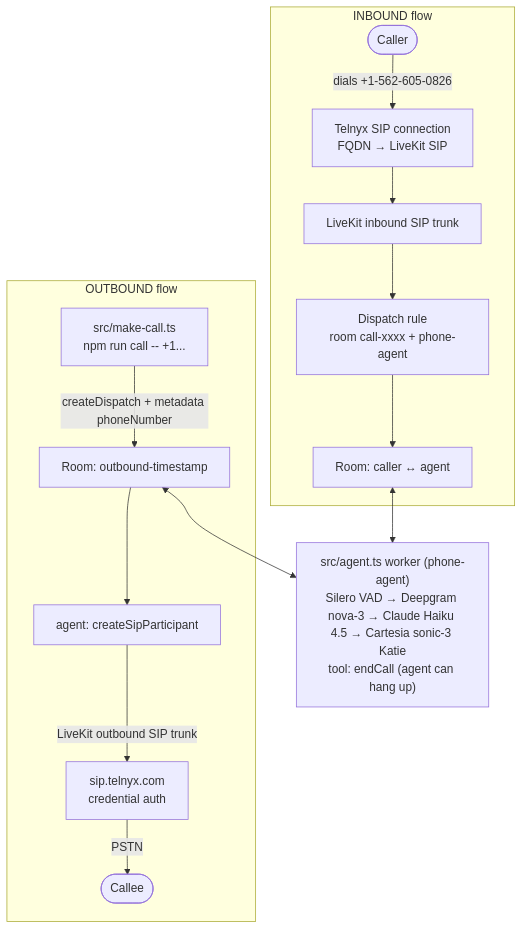
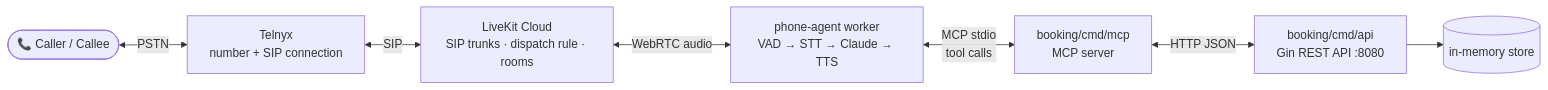
One commit to nomankhokhar/SyncDesk-AI-Agent changed the first of 5 diagrams in diagram.md. Above: the diagram before and after it, drawn with Mermaid. The commit also changed other lines of this file and 27 other files, not shown here.

````diff
--- a/diagram.md
+++ b/diagram.md
@@ -68,20 +34,13 @@
 ```mermaid
-flowchart TB
-    subgraph Inbound["INBOUND flow"]
-        Caller([Caller]) -->|dials +1-562-605-0826| TelnyxIn[Telnyx SIP connection<br/>FQDN → LiveKit SIP]
-        TelnyxIn --> InTrunk[LiveKit inbound SIP trunk]
-        InTrunk --> Rule[Dispatch rule<br/>room call-xxxx + phone-agent]
-        Rule --> Room1[Room: caller ↔ agent]
-    end
+flowchart LR
+    Caller([📞 Caller / Callee])
+    Telnyx[Telnyx<br/>number + SIP connection]
+    LK[LiveKit Cloud<br/>SIP trunks · dispatch rule · rooms]
+    Agent[phone-agent worker<br/>VAD → STT → Claude → TTS]
+    MCP[booking/cmd/mcp<br/>MCP server]
+    API[booking/cmd/api<br/>Gin REST API :8080]
+    DB[(in-memory store)]
 
-    subgraph Outbound["OUTBOUND flow"]
-        CLI[src/make-call.ts<br/>npm run call -- +1...] -->|createDispatch + metadata phoneNumber| Room2[Room: outbound-timestamp]
-        Room2 --> Dial[agent: createSipParticipant]
-        Dial -->|LiveKit outbound SIP trunk| TelnyxOut[sip.telnyx.com<br/>credential auth]
-        TelnyxOut -->|PSTN| Callee([Callee])
-    end
-
-    Worker["src/agent.ts worker (phone-agent)<br/>Silero VAD → Deepgram nova-3 → Claude Haiku 4.5 → Cartesia sonic-3 Katie<br/>tool: endCall (agent can hang up)"]
-    Room1 <--> Worker
-    Room2 <--> Worker
+    Caller <-->|PSTN| Telnyx <-->|SIP| LK <-->|WebRTC audio| Agent
+    Agent <-->|MCP stdio<br/>tool calls| MCP <-->|HTTP JSON| API --> DB
 ```
````
